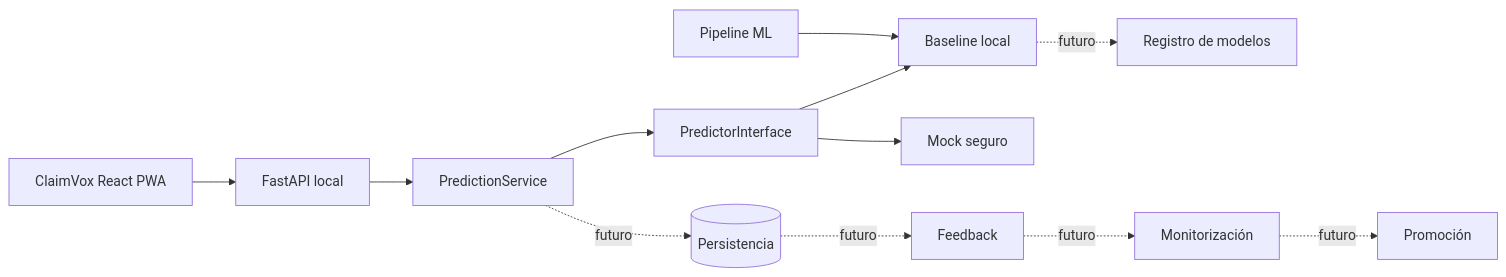
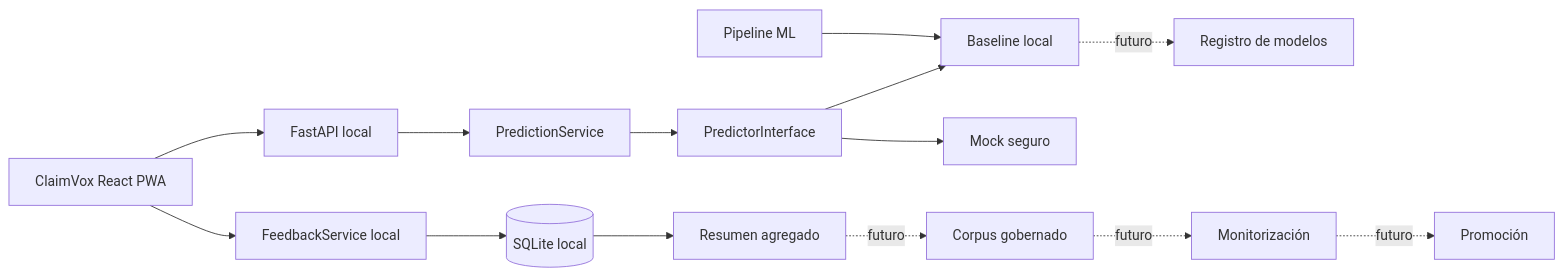
Before and after one commit to Bootcamp-IA-MAD-P7/Proyecto6-Grupo1: the diagram in docs/architecture/system_blueprint.md, drawn with Mermaid. The commit also changed other lines of this file and 44 other files, not shown here.

````diff
--- a/docs/architecture/system_blueprint.md
+++ b/docs/architecture/system_blueprint.md
@@ -11,14 +11,16 @@
 ```mermaid
 flowchart LR
     UI[ClaimVox React PWA] --> API[FastAPI local]
     API --> APP[PredictionService]
     APP --> PORTS[PredictorInterface]
     PORTS --> MODEL[Baseline local]
     PORTS --> MOCK[Mock seguro]
     ML[Pipeline ML] --> MODEL
-    APP -. futuro .-> DB[(Persistencia)]
+    UI --> FEEDBACK[FeedbackService local]
+    FEEDBACK --> DB[(SQLite local)]
+    DB --> SUMMARY[Resumen agregado]
     MODEL -. futuro .-> REGISTRY[Registro de modelos]
-    DB -. futuro .-> EVENTS[Feedback]
-    EVENTS -. futuro .-> MONITOR[Monitorización]
+    SUMMARY -. futuro .-> CORPUS[Corpus gobernado]
+    CORPUS -. futuro .-> MONITOR[Monitorización]
     MONITOR -. futuro .-> PROMOTION[Promoción]
 ```
````
